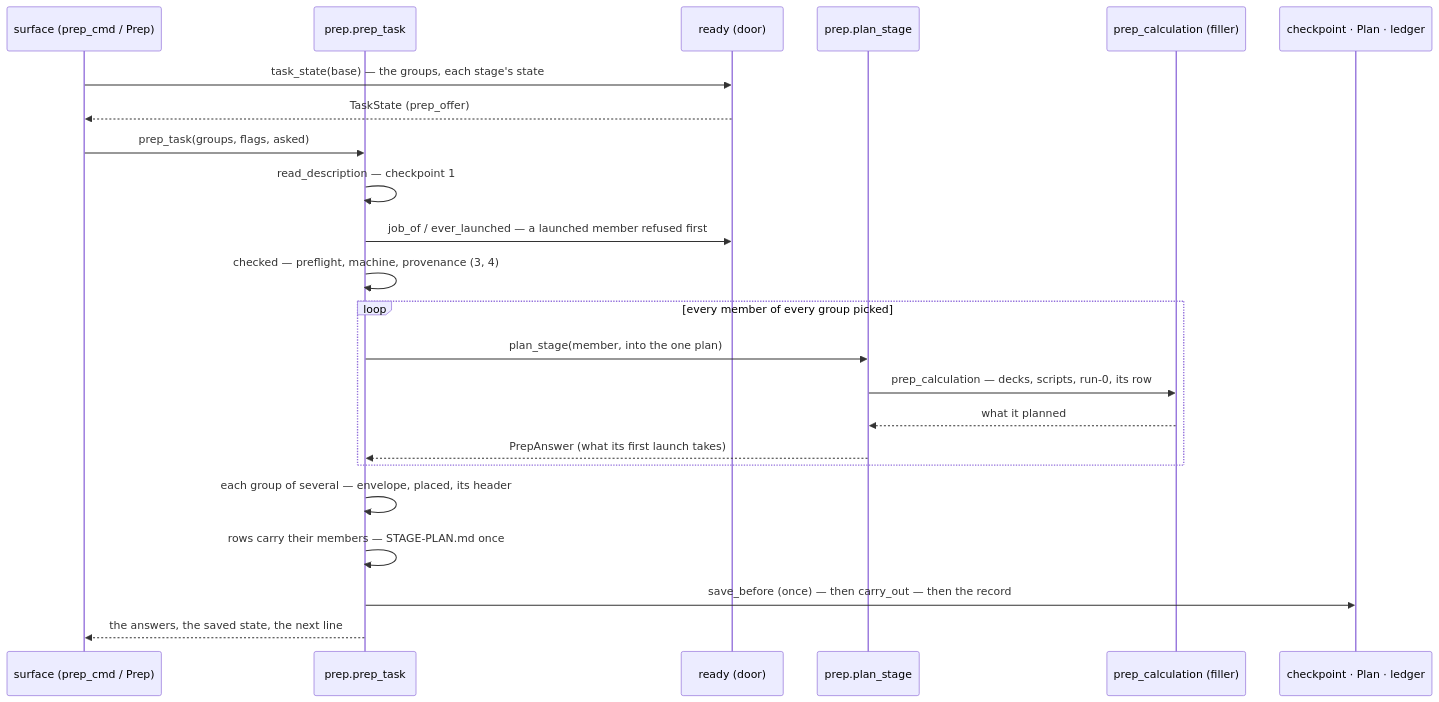
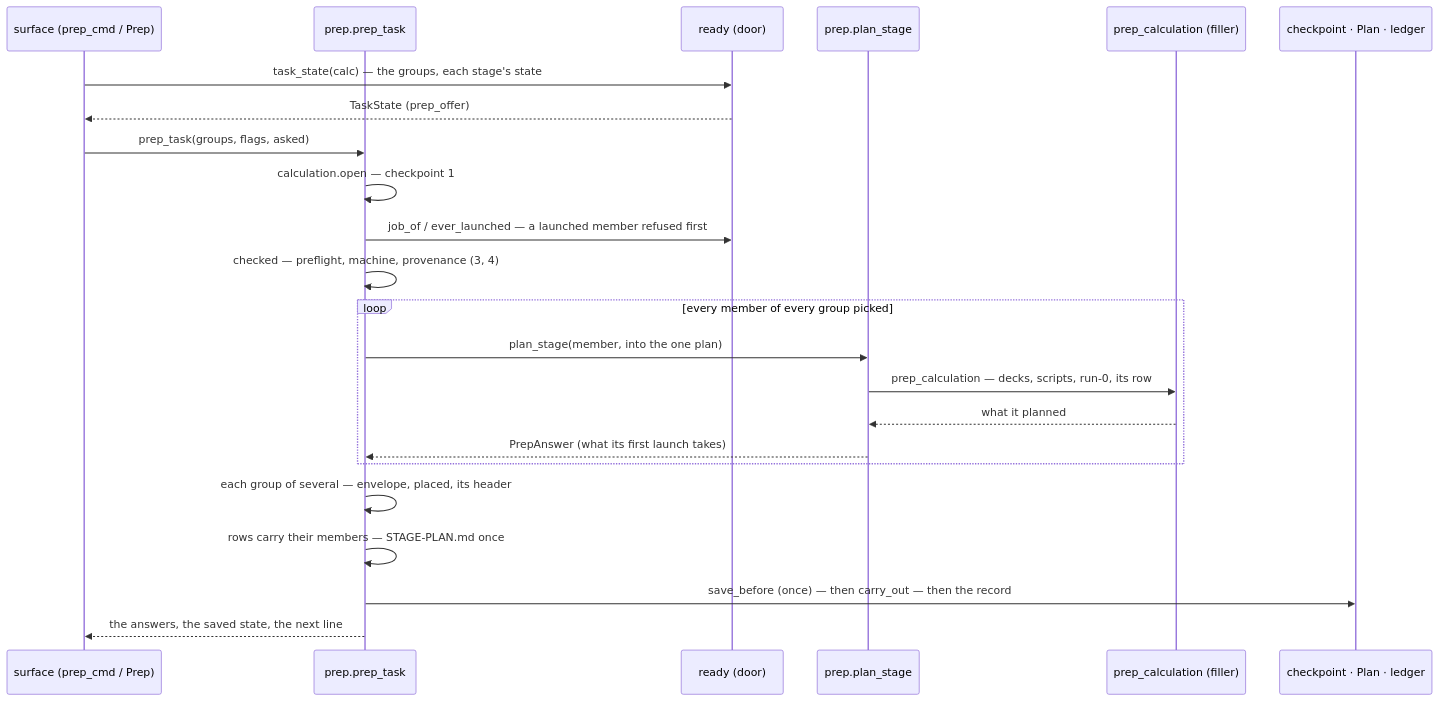
One commit to Qing-LAB/molbuilder changed diagram 18 of 19 in docs/execution/job-system.md. Above: the diagram before and after it, drawn with Mermaid. The commit also changed other lines of this file and 74 other files, not shown here.

````diff
--- a/docs/execution/job-system.md
+++ b/docs/execution/job-system.md
@@ -3003,25 +3004,25 @@
 ```mermaid
 sequenceDiagram
     participant S as surface (prep_cmd / Prep)
     participant E as prep.prep_task
     participant R as ready (door)
     participant P as prep.plan_stage
     participant F as prep_calculation (filler)
     participant X as checkpoint · Plan · ledger
-    S->>R: task_state(base) — the groups, each stage's state
+    S->>R: task_state(calc) — the groups, each stage's state
     R-->>S: TaskState (prep_offer)
     S->>E: prep_task(groups, flags, asked)
-    E->>E: read_description — checkpoint 1
+    E->>E: calculation.open — checkpoint 1
     E->>R: job_of / ever_launched — a launched member refused first
     E->>E: checked — preflight, machine, provenance (3, 4)
     loop every member of every group picked
         E->>P: plan_stage(member, into the one plan)
         P->>F: prep_calculation — decks, scripts, run-0, its row
         F-->>P: what it planned
         P-->>E: PrepAnswer (what its first launch takes)
     end
     E->>E: each group of several — envelope, placed, its header
     E->>E: rows carry their members — STAGE-PLAN.md once
     E->>X: save_before (once) — then carry_out — then the record
     E-->>S: the answers, the saved state, the next line
 ```
````
